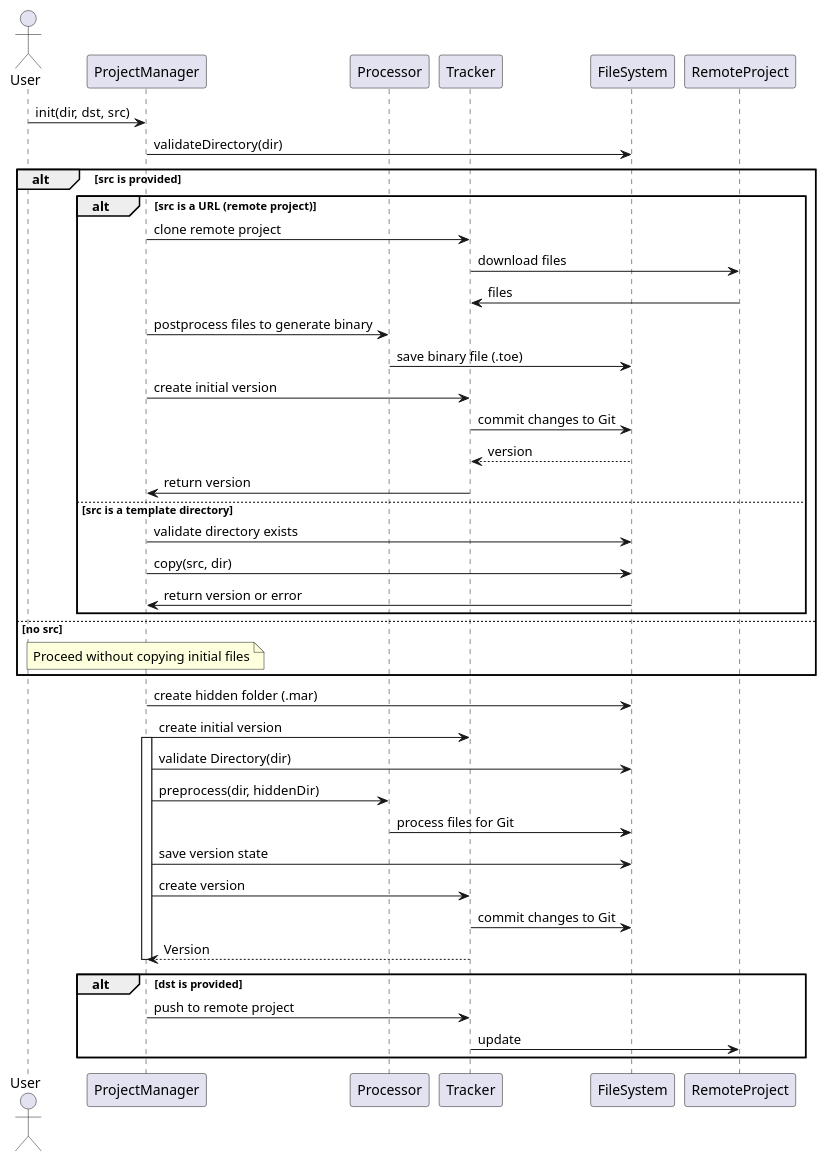
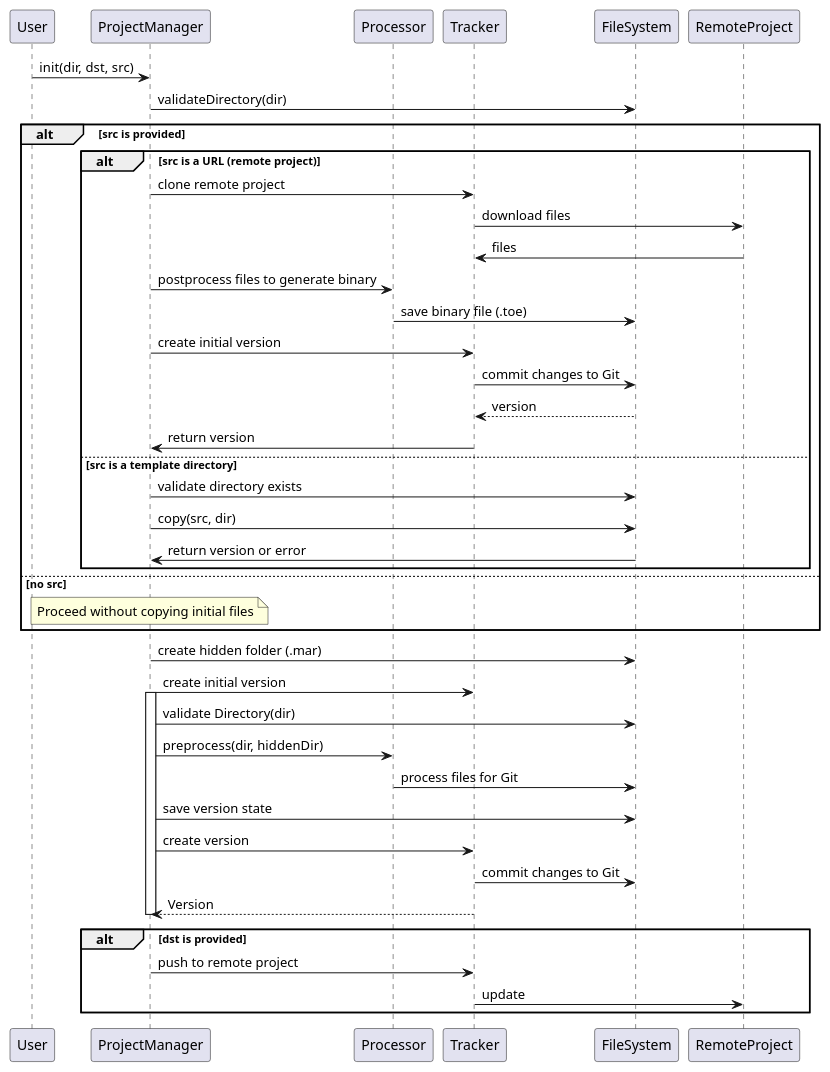
One commit to ssandrini/td-version-control changed the diagram in docs/init_project.puml. Above: the diagram before and after it, drawn with PlantUML. The commit also changed 11 other files, not shown here.

```diff
--- a/docs/init_project.puml
+++ b/docs/init_project.puml
@@ -1,48 +1,48 @@
 @startuml
-actor User
+participant User
 participant ProjectManager
 participant Processor
 participant Tracker
 participant FileSystem as FS
 participant RemoteProject
 
 User -> ProjectManager : init(dir, dst, src)
 ProjectManager -> FS : validateDirectory(dir)
 alt src is provided
     alt src is a URL (remote project)
         ProjectManager -> Tracker : clone remote project
         Tracker -> RemoteProject: download files
         RemoteProject -> Tracker : files
         ProjectManager -> Processor : postprocess files to generate binary
         Processor -> FS : save binary file (.toe)
         ProjectManager -> Tracker : create initial version
         Tracker -> FS : commit changes to Git
         return version
         Tracker -> ProjectManager : return version
     else src is a template directory
         ProjectManager -> FS : validate directory exists
         ProjectManager -> FS : copy(src, dir)
         FS -> ProjectManager : return version or error
     end
 else no src
     note over ProjectManager : Proceed without copying initial files
 end
 
 ProjectManager -> FS : create hidden folder (.mar)
 ProjectManager -> Tracker:  create initial version
 
 activate ProjectManager
 ProjectManager -> FS : validate Directory(dir)
 ProjectManager -> Processor : preprocess(dir, hiddenDir)
 Processor -> FS : process files for Git
 ProjectManager -> FS : save version state
 ProjectManager -> Tracker : create version
 Tracker -> FS : commit changes to Git
 return Version
 deactivate ProjectManager
 
 alt dst is provided
     ProjectManager -> Tracker : push to remote project
     Tracker -> RemoteProject : update
 end
 @enduml
```
